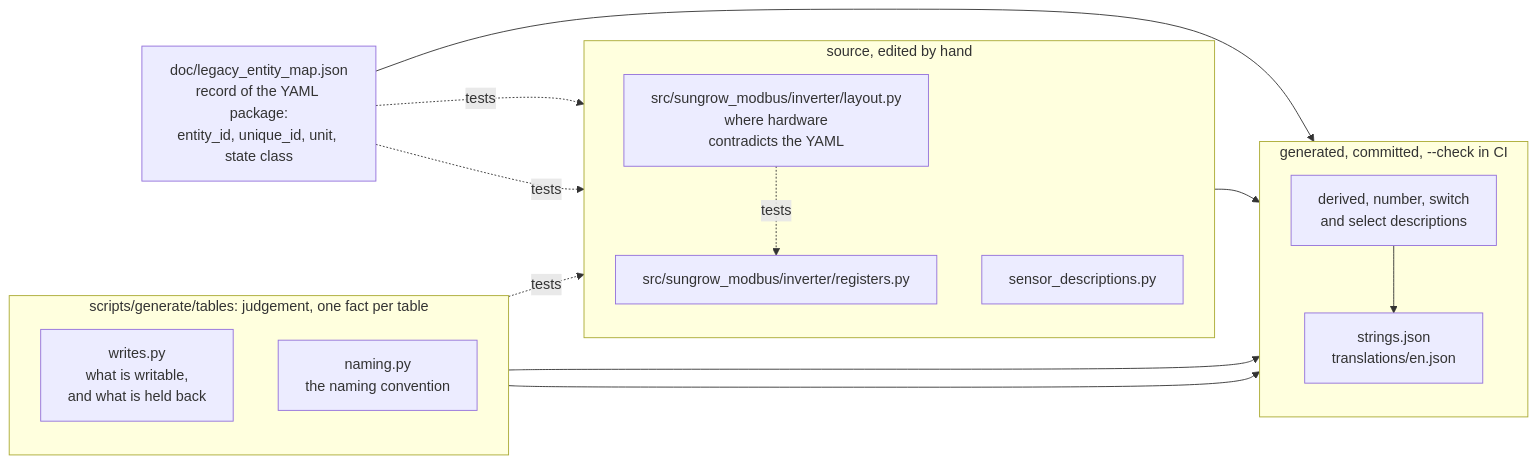
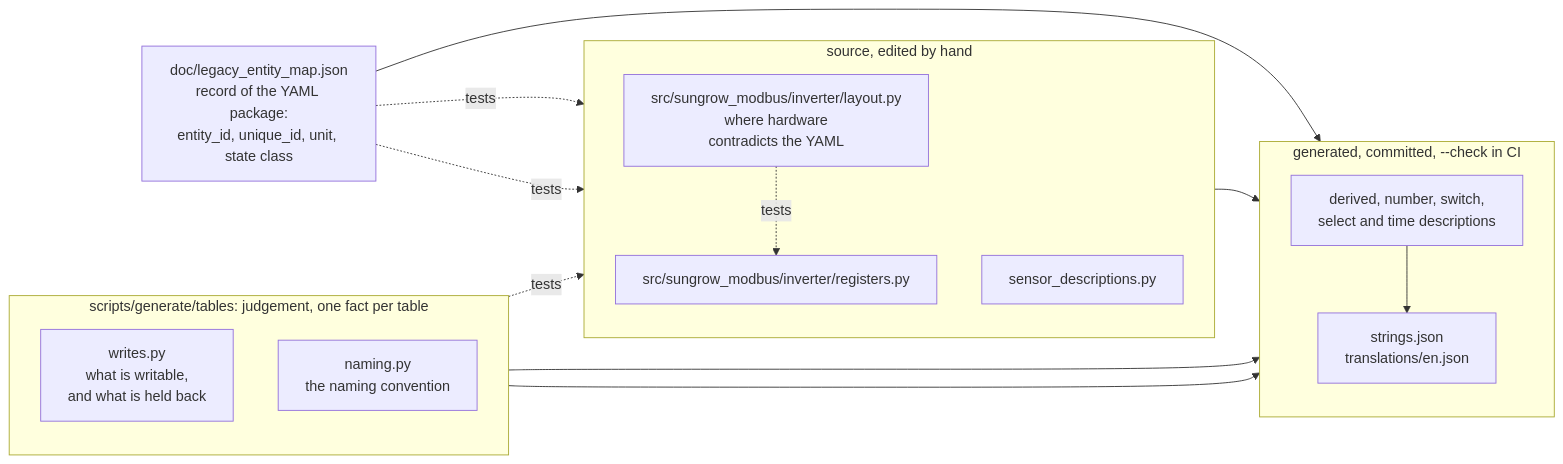
One commit to mkaiser/Sungrow-SHx-Inverter-Modbus-Home-Assistant changed the second of 2 diagrams in doc/architecture.md. Above: the diagram before and after it, drawn with Mermaid. The commit also changed other lines of this file and 36 other files, not shown here.

````diff
--- a/doc/architecture.md
+++ b/doc/architecture.md
@@ -174,33 +174,33 @@
 ```mermaid
 flowchart LR
     map["doc/legacy_entity_map.json<br/>record of the YAML package:<br/>entity_id, unique_id, unit, state class"]
 
     subgraph tables["scripts/generate/tables: judgement, one fact per table"]
         direction TB
         writes["writes.py<br/>what is writable,<br/>and what is held back"]
         naming["naming.py<br/>the naming convention"]
     end
 
     subgraph source["source, edited by hand"]
         direction TB
         regs["src/sungrow_modbus/inverter/registers.py"]
         layout["src/sungrow_modbus/inverter/layout.py<br/>where hardware<br/>contradicts the YAML"]
         sensors["sensor_descriptions.py"]
     end
 
     subgraph generated["generated, committed, --check in CI"]
         direction TB
-        descs["derived, number, switch<br/>and select descriptions"]
+        descs["derived, number, switch,<br/>select and time descriptions"]
         strings["strings.json<br/>translations/en.json"]
     end
 
     map -. "tests" .-> regs
     map -. "tests" .-> sensors
     layout -. "tests" .-> regs
     writes -. "tests" .-> regs
     map --> descs
     writes --> descs
     naming --> strings
     descs --> strings
     sensors --> strings
 ```
````
